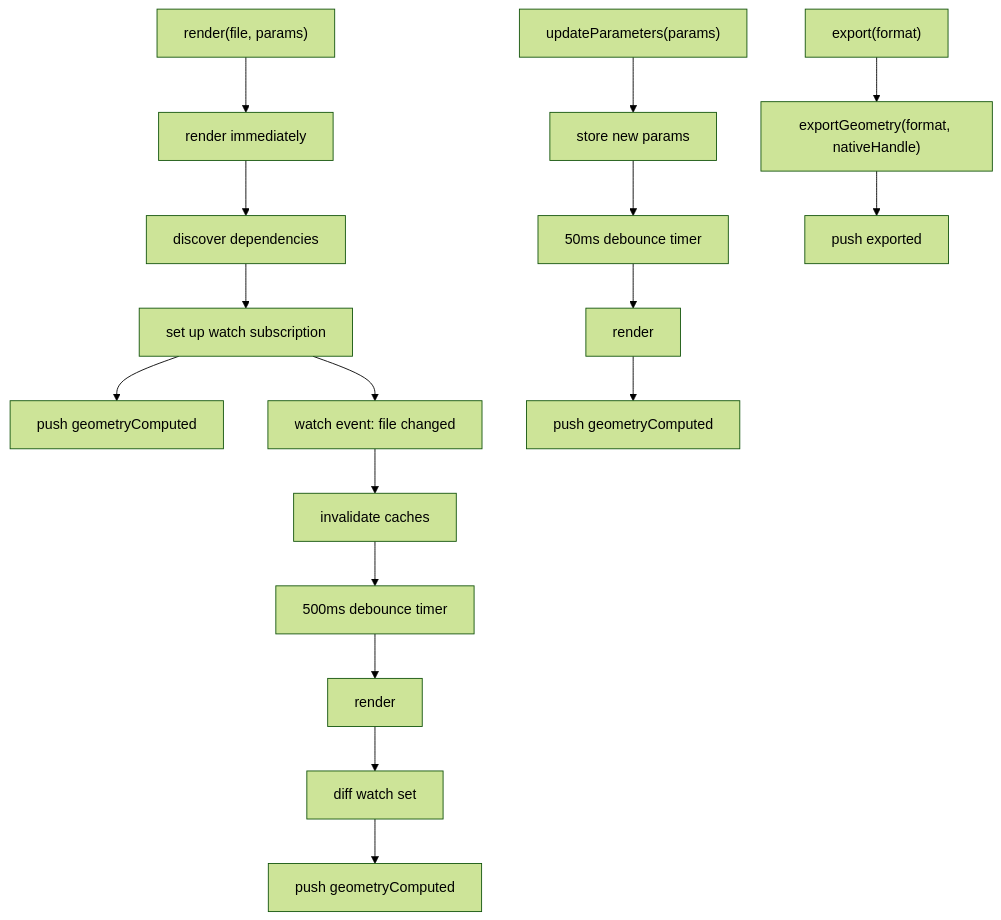
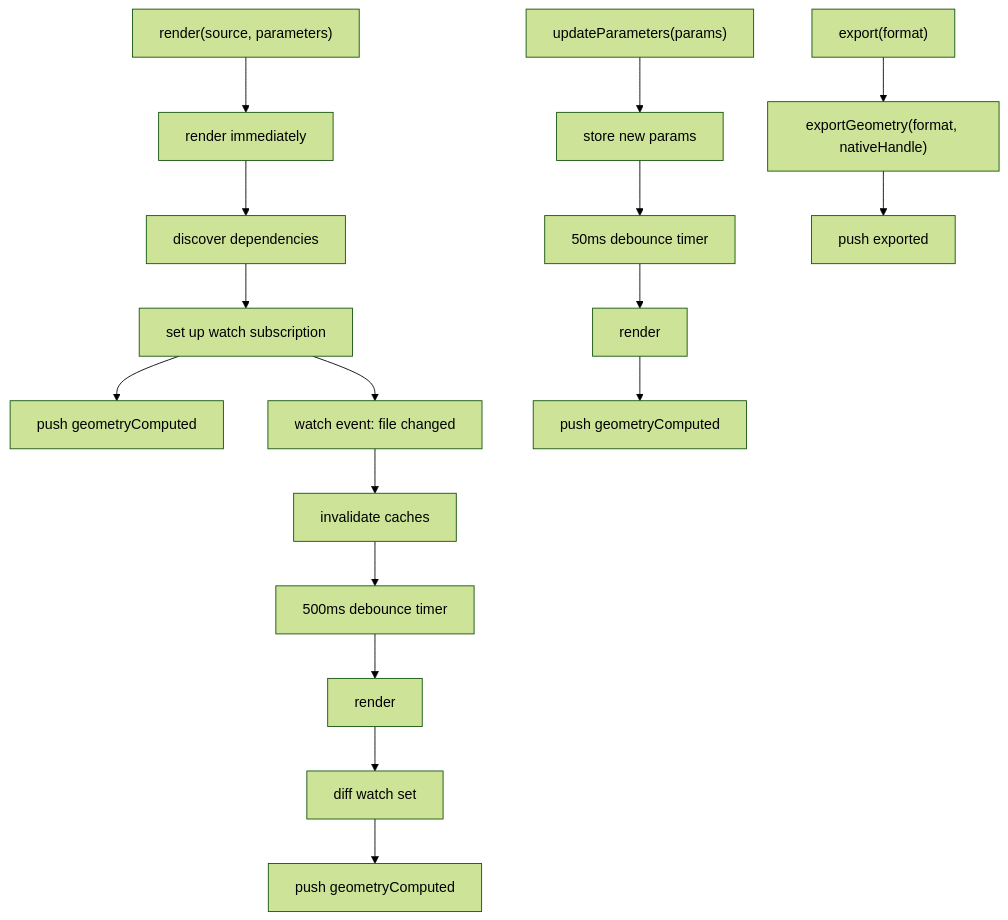
One commit to taucad/tau changed the diagram in apps/ui/content/docs/runtime/concepts/render-lifecycle.mdx. Above: the diagram before and after it, drawn with Mermaid (forest theme). The commit also changed other lines of this file and 42 other files, not shown here.

````diff
--- a/apps/ui/content/docs/runtime/concepts/render-lifecycle.mdx
+++ b/apps/ui/content/docs/runtime/concepts/render-lifecycle.mdx
@@ -19,22 +19,22 @@
 ```mermaid
 flowchart TD
-    Render["render(file, params)"] --> Render1["render immediately"]
+    Render["render(source, parameters)"] --> Render1["render immediately"]
     Render1 --> Deps["discover dependencies"]
     Deps --> Watch["set up watch subscription"]
     Watch --> Push1["push geometryComputed"]
 
     Watch --> FileChange["watch event: file changed"]
     FileChange --> Invalidate["invalidate caches"]
     Invalidate --> Debounce500["500ms debounce timer"]
     Debounce500 --> Render2["render"]
     Render2 --> DiffWatch["diff watch set"]
     DiffWatch --> Push2["push geometryComputed"]
 
     UpdateParams["updateParameters(params)"] --> StoreParams["store new params"]
     StoreParams --> Debounce50["50ms debounce timer"]
     Debounce50 --> Render3["render"]
     Render3 --> Push3["push geometryComputed"]
 
     Export["export(format)"] --> ExportGeom["exportGeometry(format, nativeHandle)"]
     ExportGeom --> Push4["push exported"]
 ```
````
